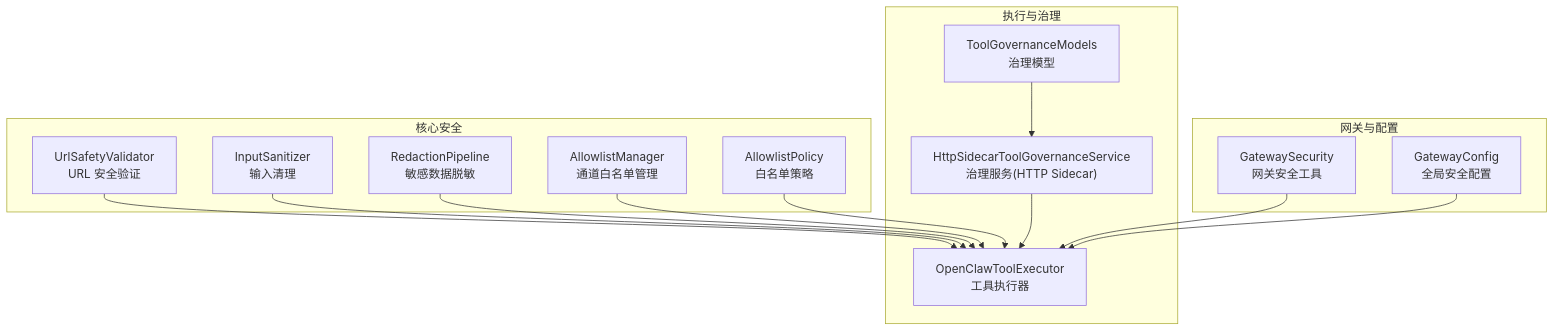
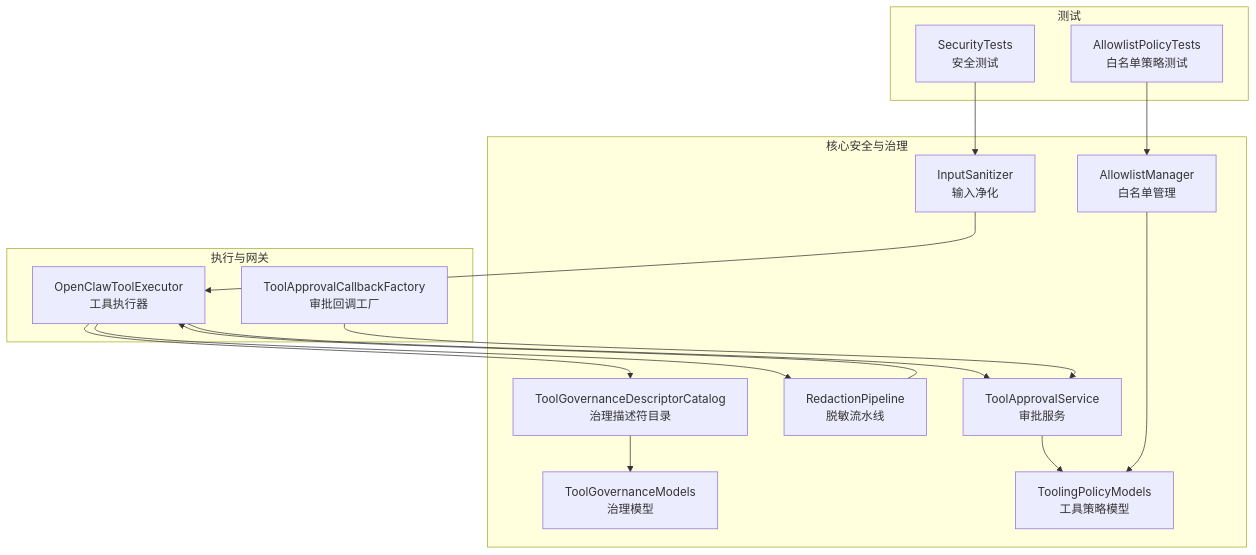
Before and after one commit to wayyet/kingcrab: the first of 8 diagrams in .qoder/repowiki/zh/content/工具系统/工具安全策略.md, drawn with Mermaid. The commit also changed other lines of this file and 431 other files, not shown here.

````diff
--- a/.qoder/repowiki/zh/content/工具系统/工具安全策略.md
+++ b/.qoder/repowiki/zh/content/工具系统/工具安全策略.md
@@ -42,28 +46,31 @@
 ```mermaid
 graph TB
-subgraph "核心安全"
-A["UrlSafetyValidator<br/>URL 安全验证"]
-B["InputSanitizer<br/>输入清理"]
-C["RedactionPipeline<br/>敏感数据脱敏"]
-D["AllowlistManager<br/>通道白名单管理"]
-E["AllowlistPolicy<br/>白名单策略"]
+subgraph "核心安全与治理"
+A["ToolApprovalService<br/>审批服务"]
+B["AllowlistManager<br/>白名单管理"]
+C["InputSanitizer<br/>输入净化"]
+D["RedactionPipeline<br/>脱敏流水线"]
+E["ToolGovernanceDescriptorCatalog<br/>治理描述符目录"]
+F["ToolGovernanceModels<br/>治理模型"]
+G["ToolingPolicyModels<br/>工具策略模型"]
 end
-subgraph "执行与治理"
-F["OpenClawToolExecutor<br/>工具执行器"]
-G["HttpSidecarToolGovernanceService<br/>治理服务(HTTP Sidecar)"]
-H["ToolGovernanceModels<br/>治理模型"]
+subgraph "执行与网关"
+H["OpenClawToolExecutor<br/>工具执行器"]
+I["ToolApprovalCallbackFactory<br/>审批回调工厂"]
 end
-subgraph "网关与配置"
-I["GatewaySecurity<br/>网关安全工具"]
-J["GatewayConfig<br/>全局安全配置"]
+subgraph "测试"
+J["SecurityTests<br/>安全测试"]
+K["AllowlistPolicyTests<br/>白名单策略测试"]
 end
-A --> F
-B --> F
-C --> F
-D --> F
+H --> A
+I --> A
+H --> D
+H --> E
 E --> F
-G --> F
-H --> G
-I --> F
-J --> F
+A --> G
+B --> G
+C --> H
+D --> H
+J --> C
+K --> B
 ```
````
